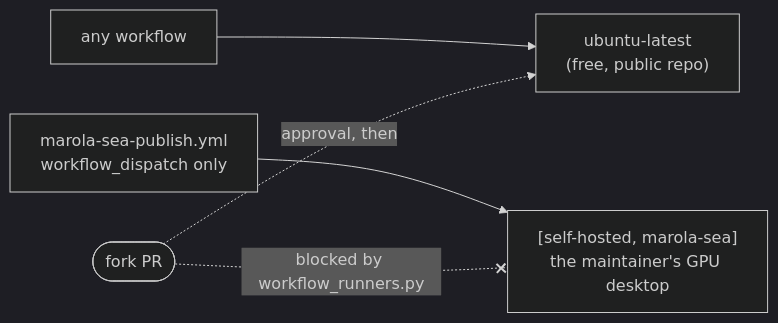
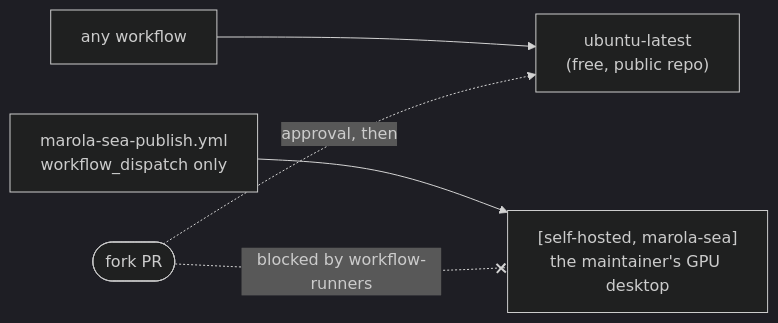
One commit to marola-dev/marola changed the second of 2 diagrams in docs/3-Working-on-the-repo/CI-CD.md. Above: the diagram before and after it, drawn with Mermaid (dark theme). The commit also changed other lines of this file and 14 other files, not shown here.

First line of the commit message:
docs: the dev flow runs on marola-devkit's tools, plugin and workflows

````diff
--- a/docs/3-Working-on-the-repo/CI-CD.md
+++ b/docs/3-Working-on-the-repo/CI-CD.md
@@ -75,7 +79,7 @@
 ```mermaid
 flowchart LR
   any["any workflow"] --> hosted["ubuntu-latest<br/>(free, public repo)"]
   gpu["marola-sea-publish.yml<br/>workflow_dispatch only"] --> desk["[self-hosted, marola-sea]<br/>the maintainer's GPU desktop"]
   fork(["fork PR"]) -. "approval, then" .-> hosted
-  fork -. "blocked by workflow_runners.py" .-x desk
+  fork -. "blocked by workflow-runners" .-x desk
 ```
````
